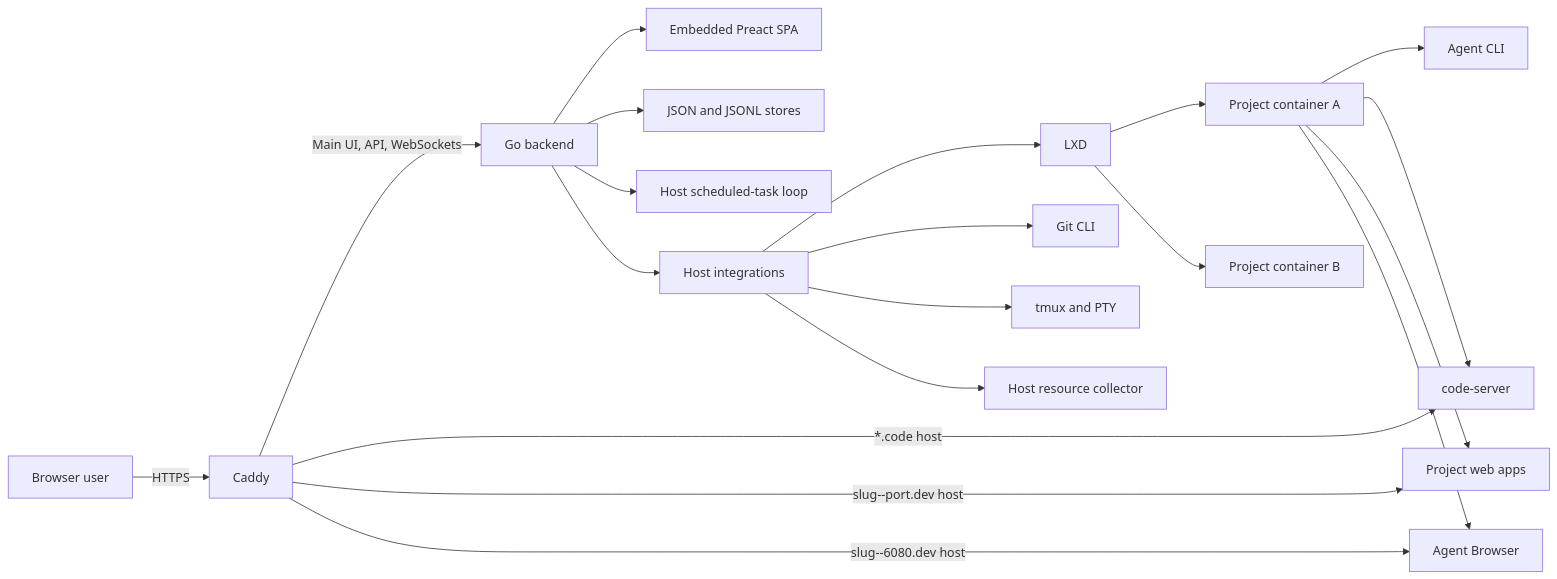
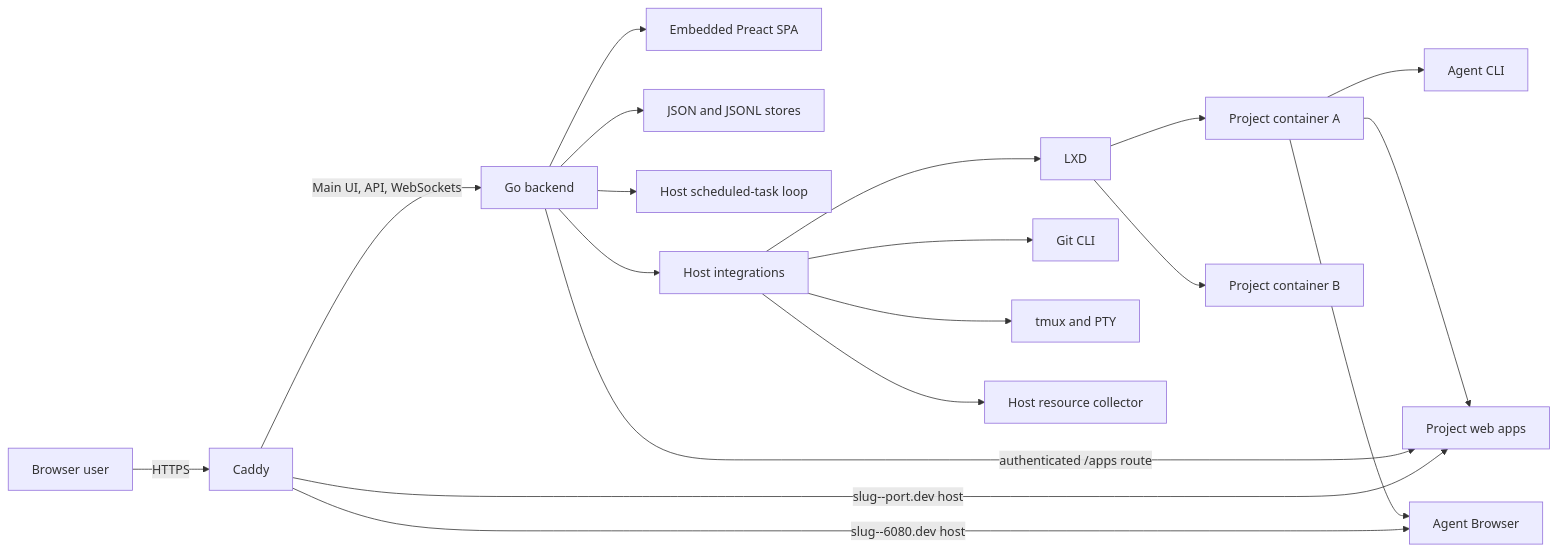
Before and after one commit to Ahmedwaleed22/remote.futrx: the first of 3 diagrams in docs/01-overview/01-system-overview.md, drawn with Mermaid. The commit also changed other lines of this file and 80 other files, not shown here.

First line of the commit message:
feat(code-server): replace built-in editor with an independent application

````diff
--- a/docs/01-overview/01-system-overview.md
+++ b/docs/01-overview/01-system-overview.md
@@ -14,24 +14,23 @@
 ```mermaid
 flowchart LR
     User["Browser user"] -->|"HTTPS"| Caddy["Caddy"]
     Caddy -->|"Main UI, API, WebSockets"| Go["Go backend"]
     Go --> SPA["Embedded Preact SPA"]
     Go --> Stores["JSON and JSONL stores"]
     Go --> Scheduler["Host scheduled-task loop"]
     Go --> Host["Host integrations"]
     Host --> LXD["LXD"]
     Host --> Git["Git CLI"]
     Host --> Tmux["tmux and PTY"]
     Host --> Info["Host resource collector"]
 
     LXD --> P1["Project container A"]
     LXD --> P2["Project container B"]
     P1 --> Agent["Agent CLI"]
-    P1 --> IDE["code-server"]
     P1 --> Apps["Project web apps"]
     P1 --> Chromium["Agent Browser"]
 
-    Caddy -->|"*.code host"| IDE
+    Go -->|"authenticated /apps route"| Apps
     Caddy -->|"slug--port.dev host"| Apps
     Caddy -->|"slug--6080.dev host"| Chromium
 ```
````
